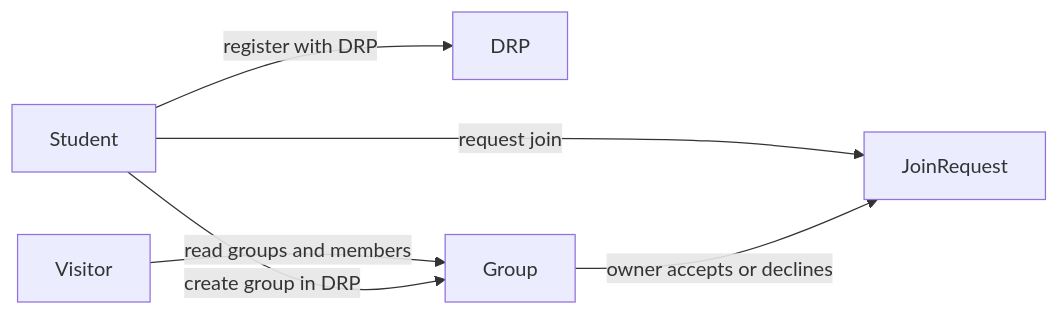
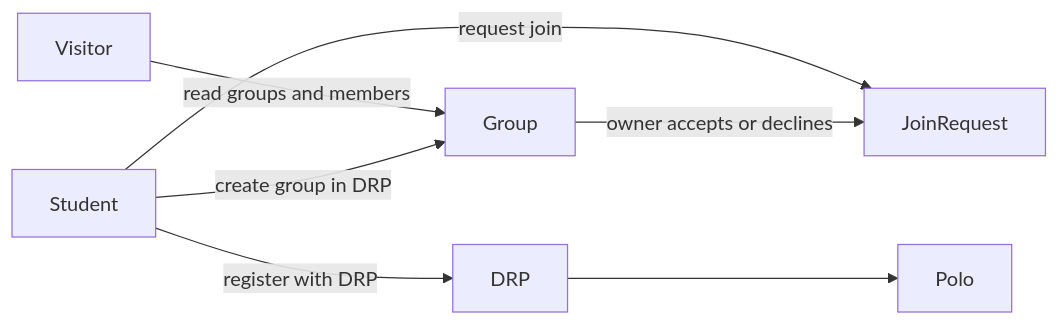
The diagram in arquitetura.md (Tamicktom/pigpig), drawn with Mermaid before and after one commit. The commit also changed other lines of this file and 11 other files, not shown here.

Commit message:
Enhance architecture documentation and implement Polo model with seeding from CSV; update DatabaseSeeder to include PoloSeeder

````diff
--- a/arquitetura.md
+++ b/arquitetura.md
@@ -78,13 +84,15 @@
 ```mermaid
 flowchart LR
   visitor[Visitor]
   student[Student]
   drp[DRP]
+  polo[Polo]
   group[Group]
   request[JoinRequest]
+  drp --> polo
   visitor -->|read groups and members| group
   student -->|register with DRP| drp
   student -->|create group in DRP| group
   student -->|request join| request
   group -->|owner accepts or declines| request
 ```
````
